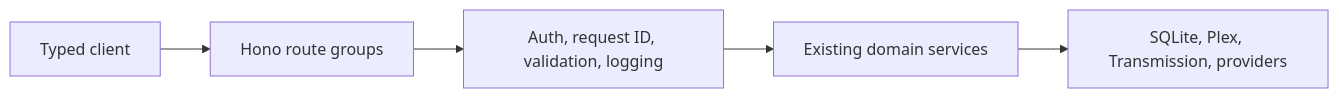
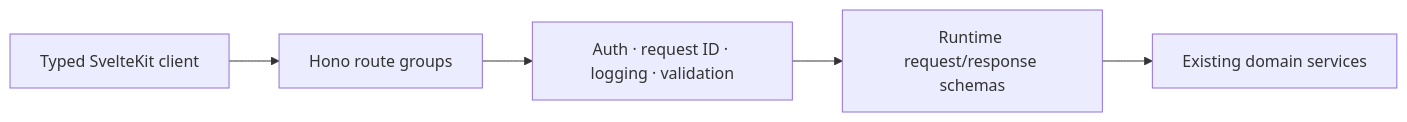
The second of 2 diagrams in src/content/docs/architecture/typed-daemon-boundary.md (cesarnml/pirate-claw-for-dummies), drawn with Mermaid before and after one commit. The commit also changed other lines of this file and 111 other files, not shown here.

Commit message:
docs: rewrite Pirate Claw architecture guide

````diff
--- a/src/content/docs/architecture/typed-daemon-boundary.md
+++ b/src/content/docs/architecture/typed-daemon-boundary.md
@@ -25,7 +37,7 @@
 ```mermaid
 flowchart LR
-  Web[Typed client] --> Routes[Hono route groups]
-  Routes --> Middleware[Auth, request ID, validation, logging]
-  Middleware --> Services[Existing domain services]
-  Services --> State[SQLite, Plex, Transmission, providers]
+  W[Typed SvelteKit client] --> R[Hono route groups]
+  R --> M[Auth · request ID · logging · validation]
+  M --> V[Runtime request/response schemas]
+  V --> S[Existing domain services]
 ```
````
